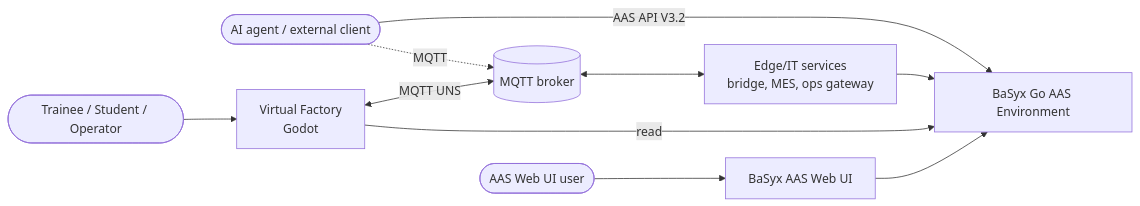
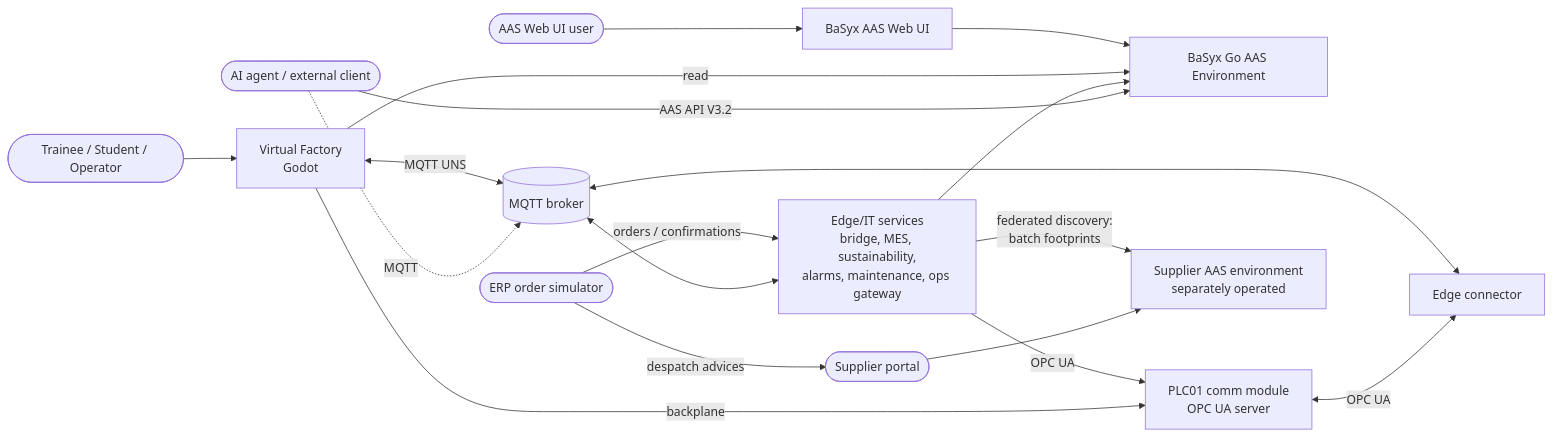
One commit to aaronzi/Virtual-Factory changed the diagram in docs/architecture/README.md. Above: the diagram before and after it, drawn with Mermaid. The commit also changed other lines of this file and 296 other files, not shown here.

````diff
--- a/docs/architecture/README.md
+++ b/docs/architecture/README.md
@@ -18,11 +18,17 @@
 ```mermaid
 flowchart LR
   Trainee([Trainee / Student / Operator]) --> VF[Virtual Factory<br/>Godot]
   Agent([AI agent / external client]) -->|AAS API V3.2| BX[BaSyx Go AAS Environment]
   Agent -.->|MQTT| MQ[(MQTT broker)]
   VF <-->|MQTT UNS| MQ
-  MQ <--> EDGE[Edge/IT services<br/>bridge, MES, ops gateway]
+  VF -->|backplane| PC[PLC01 comm module<br/>OPC UA server]
+  PC <-->|OPC UA| EG[Edge connector] <--> MQ
+  MQ <--> EDGE[Edge/IT services<br/>bridge, MES, sustainability,<br/>alarms, maintenance, ops gateway]
+  ERP([ERP order simulator]) -->|orders / confirmations| EDGE
+  ERP -->|despatch advices| SUP([Supplier portal]) --> SX[Supplier AAS environment<br/>separately operated]
+  EDGE -->|federated discovery:<br/>batch footprints| SX
+  EDGE -->|OPC UA| PC
   EDGE --> BX
   VF -->|read| BX
   Browser([AAS Web UI user]) --> UI[BaSyx AAS Web UI] --> BX
 ```
````
